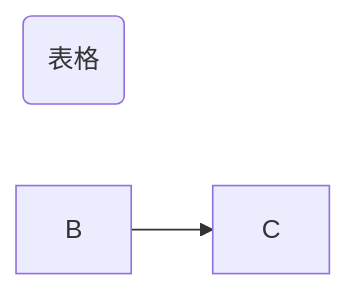
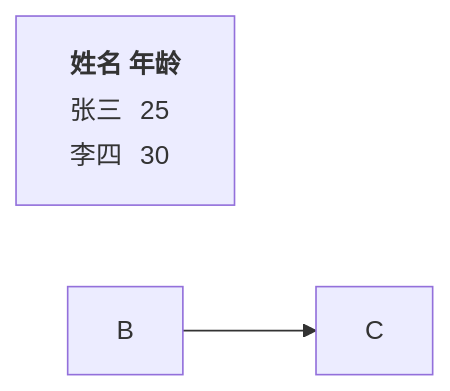
The diagram in all/未命名-1.md (milaLIAN/iodraw-files), drawn with Mermaid before and after one commit.

Commit message:
2024-05-10 17:01:23 update

````diff
--- a/all/未命名-1.md
+++ b/all/未命名-1.md
@@ -1,8 +1,8 @@
 ```mermaid
 flowchart LR
-    A(表格)
+    A[<table><tr><th>姓名</th><th>年龄</th></tr><tr><td>张三</td><td>25</td></tr><tr><td>李四</td><td>30</td></tr></table>]
     B-->C
     click A "https://img.gzzhitu.com/jGIJxLMjO.html" _blank
     click B "https://www.github.com" "Open this in a new tab" _blank
 
 ```
````
